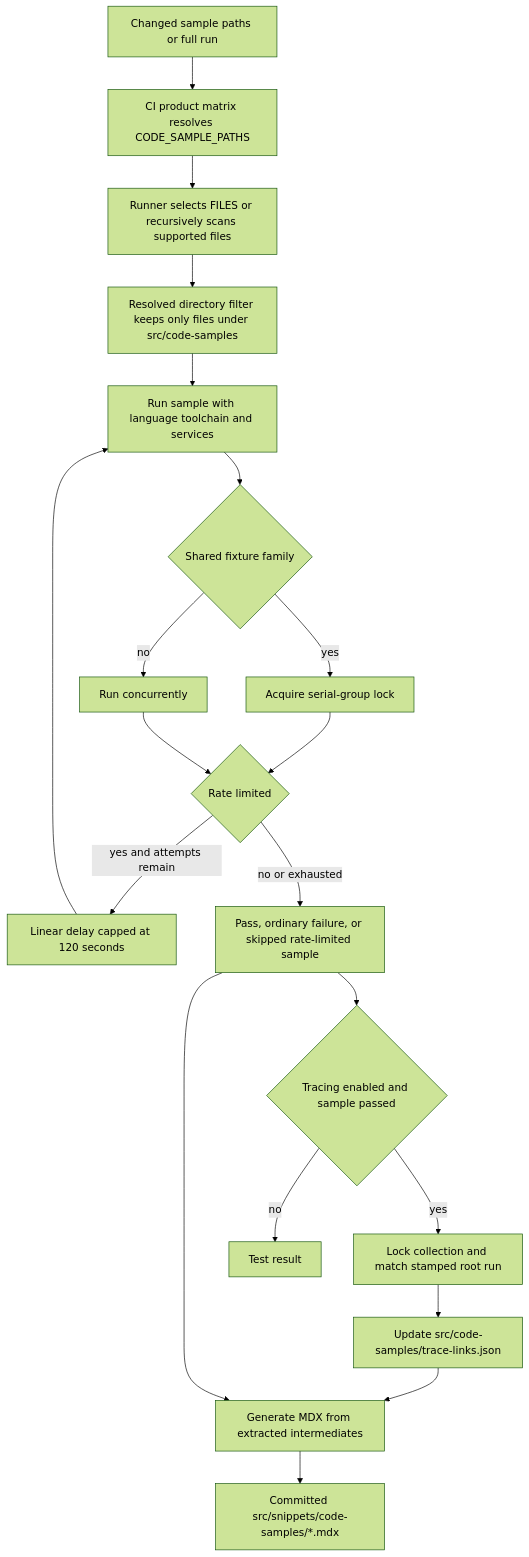
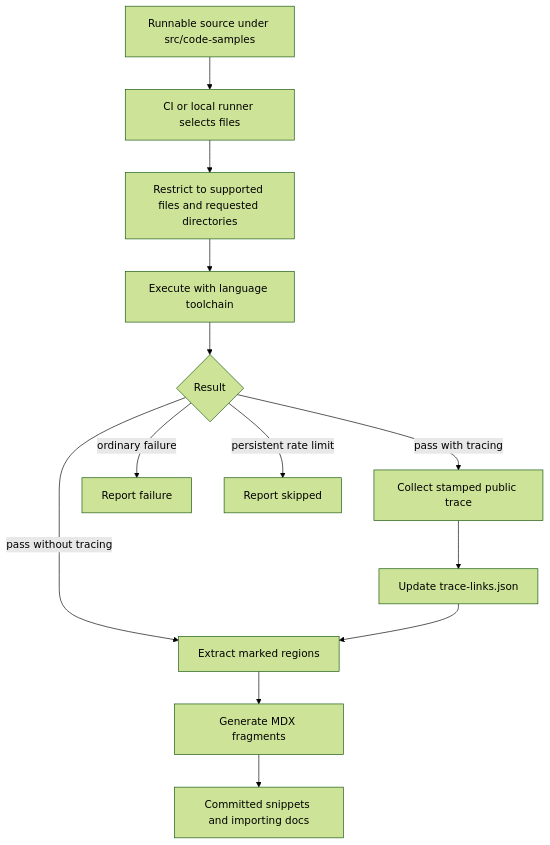
Before and after one commit to langchain-ai/docs: the first of 2 diagrams in openwiki/workflows/code-sample-lifecycle.md, drawn with Mermaid (forest theme). The commit also changed other lines of this file and 42 other files, not shown here.

````diff
--- a/openwiki/workflows/code-sample-lifecycle.md
+++ b/openwiki/workflows/code-sample-lifecycle.md
@@ -51,22 +47,15 @@
 ```mermaid
 flowchart TD
-  Change["Changed sample paths or full run"] --> Matrix["CI product matrix resolves CODE_SAMPLE_PATHS"]
-  Matrix --> Select["Runner selects FILES or recursively scans supported files"]
-  Select --> Filter["Resolved directory filter keeps only files under src/code-samples"]
-  Filter --> Execute["Run sample with language toolchain and services"]
-  Execute --> Shared{"Shared fixture family"}
-  Shared -->|"yes"| Serial["Acquire serial-group lock"]
-  Shared -->|"no"| Parallel["Run concurrently"]
-  Serial --> Retry{"Rate limited"}
-  Parallel --> Retry
-  Retry -->|"yes and attempts remain"| Backoff["Linear delay capped at 120 seconds"]
-  Backoff --> Execute
-  Retry -->|"no or exhausted"| Outcome["Pass, ordinary failure, or skipped rate-limited sample"]
-  Outcome --> Trace{"Tracing enabled and sample passed"}
-  Trace -->|"yes"| Collect["Lock collection and match stamped root run"]
-  Trace -->|"no"| Result["Test result"]
-  Collect --> Manifest["Update src/code-samples/trace-links.json"]
-  Manifest --> Generate["Generate MDX from extracted intermediates"]
-  Outcome --> Generate
-  Generate --> Snippets["Committed src/snippets/code-samples/*.mdx"]
+  Source["Runnable source under src/code-samples"] --> Select["CI or local runner selects files"]
+  Select --> Filter["Restrict to supported files and requested directories"]
+  Filter --> Run["Execute with language toolchain"]
+  Run --> Outcome{"Result"}
+  Outcome -->|"pass with tracing"| Trace["Collect stamped public trace"]
+  Outcome -->|"pass without tracing"| Extract["Extract marked regions"]
+  Outcome -->|"ordinary failure"| Fail["Report failure"]
+  Outcome -->|"persistent rate limit"| Skip["Report skipped"]
+  Trace --> Manifest["Update trace-links.json"]
+  Manifest --> Extract
+  Extract --> Generate["Generate MDX fragments"]
+  Generate --> Durable["Committed snippets and importing docs"]
 ```
````
